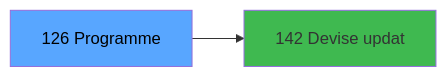
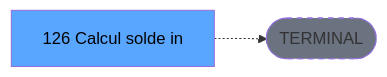
Before and after one commit to thonyAGP/lecteur-magic: the third of 3 diagrams in .openspec/specs/ADH-IDE-126.md, drawn with Mermaid. The commit also changed other lines of this file and 701 other files, not shown here.

````diff
--- a/.openspec/specs/ADH-IDE-126.md
+++ b/.openspec/specs/ADH-IDE-126.md
@@ -151,8 +140,8 @@
 ```mermaid
 graph LR
-    T[126 Programme]
-    C142[142 Devise updat]
-    T --> C142
+    T[126 Calcul solde in]
+    TERM([TERMINAL])
+    T -.-> TERM
+    style TERM fill:#6b7280,stroke-dasharray: 5 5
     style T fill:#58a6ff,color:#000
-    style C142 fill:#3fb950
 ```
````
